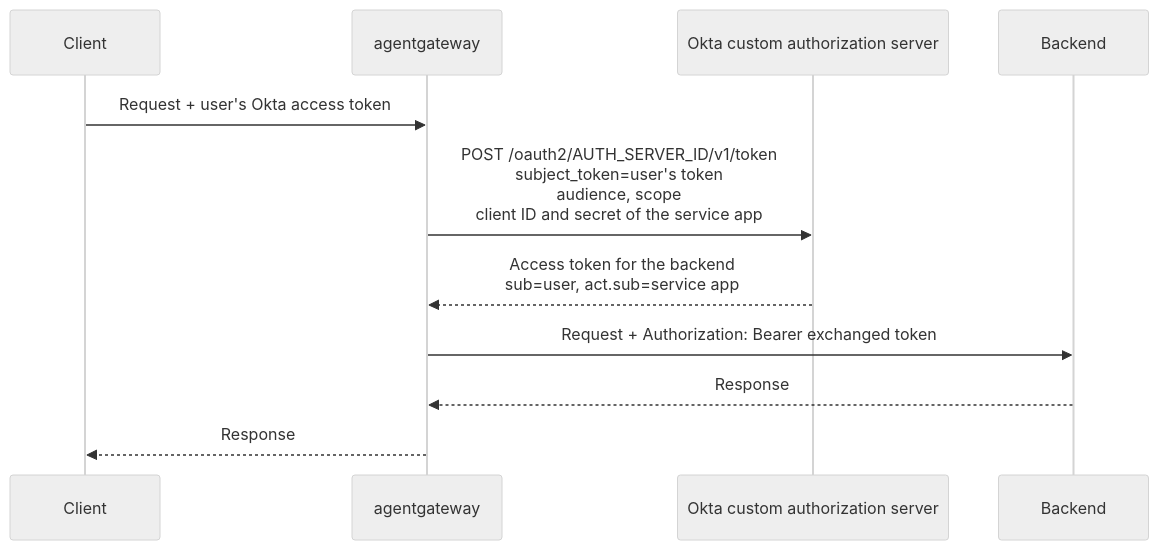
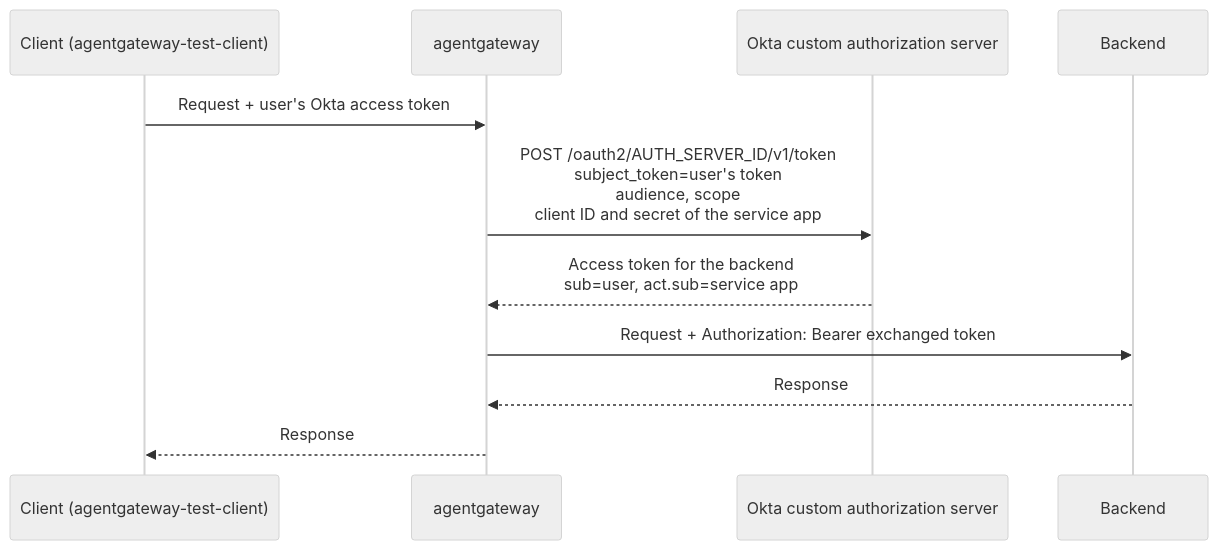
Before and after one commit to agentgateway/website: the diagram in assets/agw-docs/snippets/te-okta-about.md, drawn with Mermaid (neutral theme). The commit also changed other lines of this file and 6 other files, not shown here.

````diff
--- a/assets/agw-docs/snippets/te-okta-about.md
+++ b/assets/agw-docs/snippets/te-okta-about.md
@@ -5,14 +5,14 @@
 ```mermaid
 sequenceDiagram
-    participant Client
+    participant Client as Client (agentgateway-test-client)
     participant AGW as agentgateway
     participant Okta as Okta custom authorization server
     participant API as Backend
 
     Client->>AGW: Request + user's Okta access token
     AGW->>Okta: POST /oauth2/AUTH_SERVER_ID/v1/token<br/>subject_token=user's token<br/>audience, scope<br/>client ID and secret of the service app
     Okta-->>AGW: Access token for the backend<br/>sub=user, act.sub=service app
     AGW->>API: Request + Authorization: Bearer exchanged token
     API-->>AGW: Response
     AGW-->>Client: Response
 ```
````
